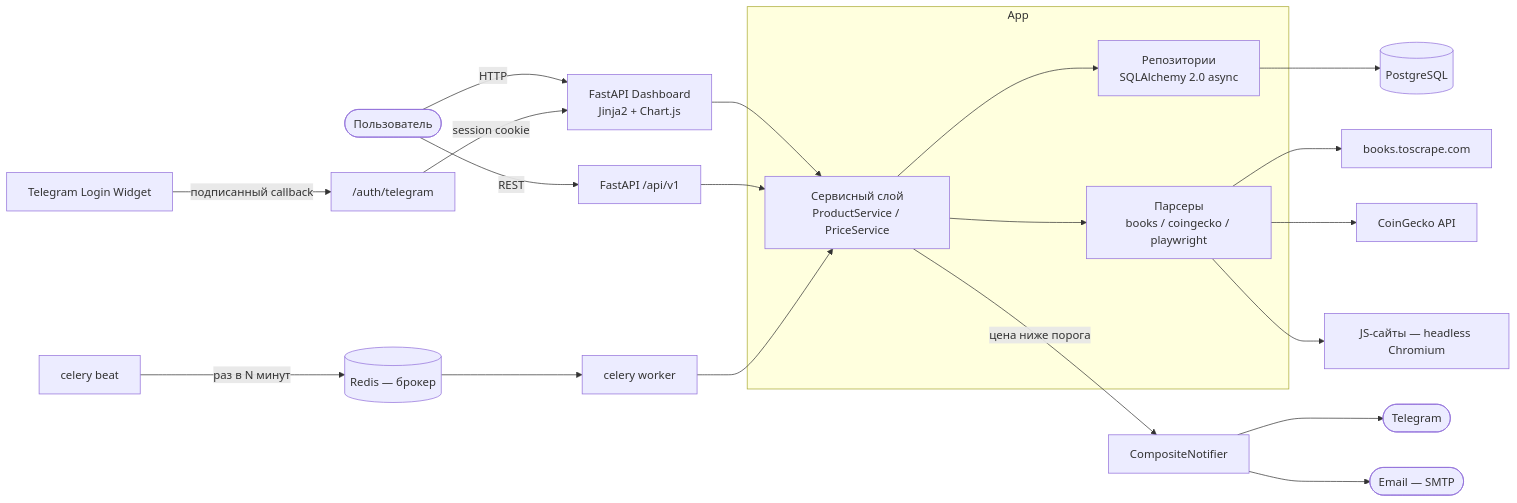
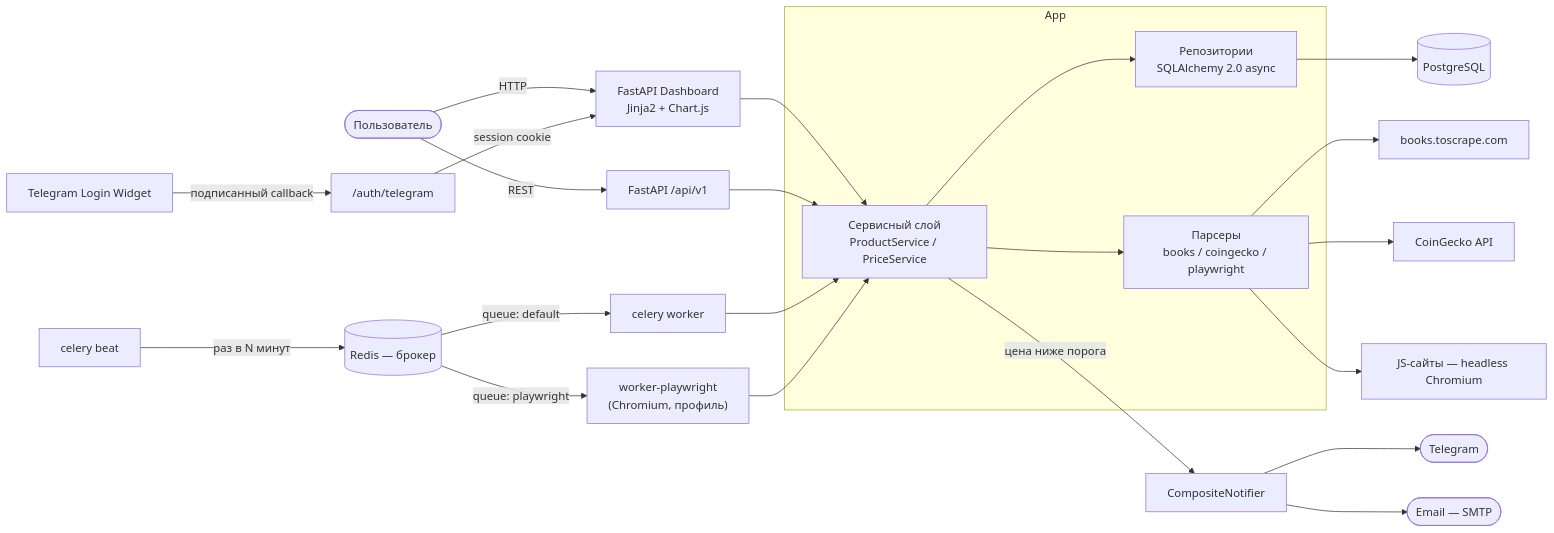
Before and after one commit to s1lex312/price-tracker: the diagram in README.md, drawn with Mermaid. The commit also changed other lines of this file and 14 other files, not shown here.

Commit message:
fix(worker): route playwright_js products to dedicated queue

````diff
--- a/README.md
+++ b/README.md
@@ -33,26 +33,28 @@
 ```mermaid
 flowchart LR
     User(["Пользователь"]) -->|HTTP| Dashboard["FastAPI Dashboard<br/>Jinja2 + Chart.js"]
     TGLogin["Telegram Login Widget"] -->|подписанный callback| Auth["/auth/telegram"]
     Auth -->|session cookie| Dashboard
     User -->|REST| API["FastAPI /api/v1"]
     Dashboard --> Services
     API --> Services
     subgraph App
         Services["Сервисный слой<br/>ProductService / PriceService"]
         Repos["Репозитории<br/>SQLAlchemy 2.0 async"]
         Parsers["Парсеры<br/>books / coingecko / playwright"]
     end
     Services --> Repos
     Repos --> DB[("PostgreSQL")]
     Services --> Parsers
     Parsers --> Books["books.toscrape.com"]
     Parsers --> CG["CoinGecko API"]
     Parsers --> JS["JS-сайты — headless Chromium"]
     Beat["celery beat"] -->|раз в N минут| Redis[("Redis — брокер")]
-    Redis --> Worker["celery worker"]
+    Redis -->|"queue: default"| Worker["celery worker"]
+    Redis -->|"queue: playwright"| WorkerPW["worker-playwright<br/>(Chromium, профиль)"]
     Worker --> Services
+    WorkerPW --> Services
     Services -->|цена ниже порога| Notifier["CompositeNotifier"]
     Notifier --> TG(["Telegram"])
     Notifier --> SMTP(["Email — SMTP"])
 ```
````
